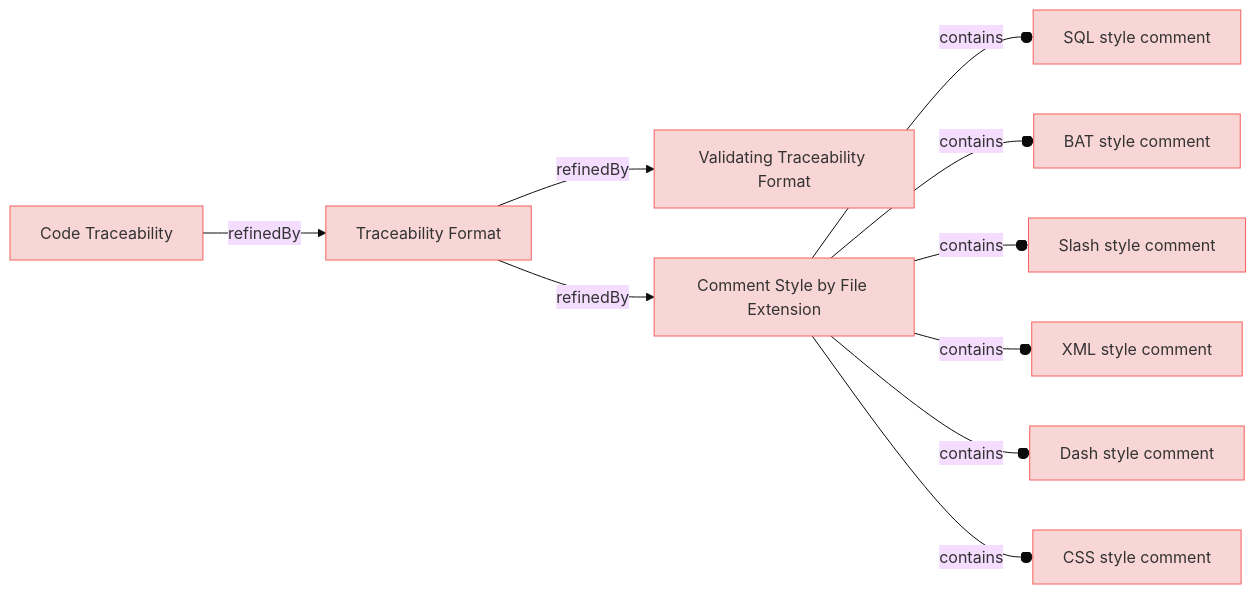
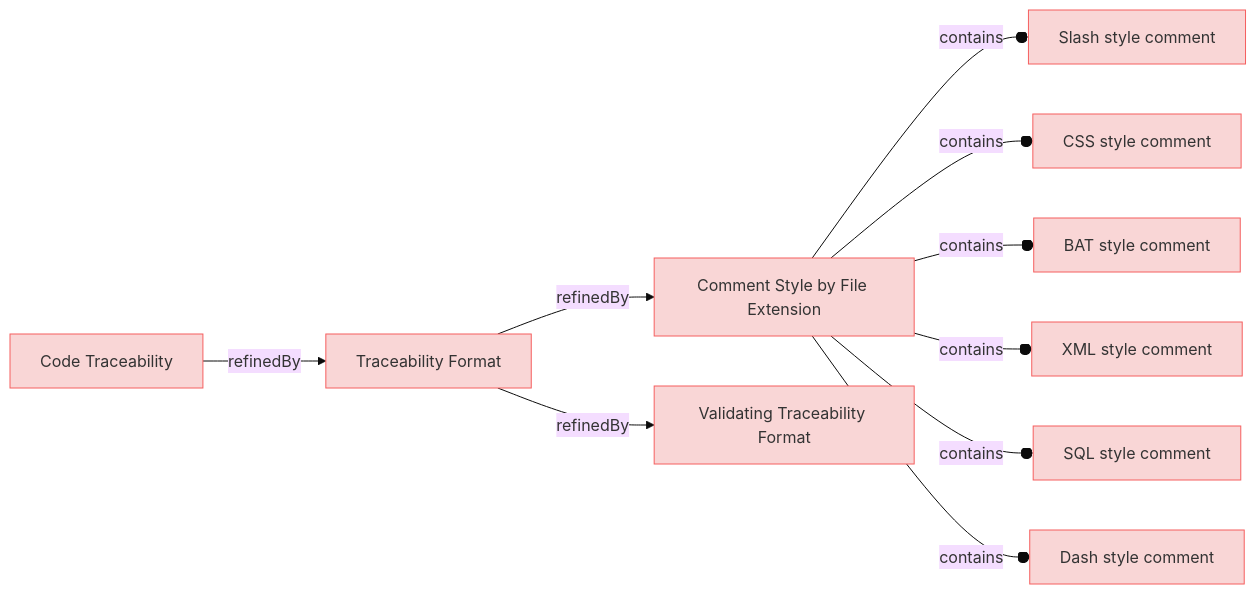
Before and after one commit to reqvire-org/reqvire: the diagram in specifications/CodeTraecabilityRequirements.md, drawn with Mermaid (base theme). The commit also changed other lines of this file and 64 other files, not shown here.

````diff
--- a/specifications/CodeTraecabilityRequirements.md
+++ b/specifications/CodeTraecabilityRequirements.md
@@ -4,49 +4,49 @@
 ```mermaid
 graph LR;
   %% REQVIRE-AUTOGENERATED-DIAGRAM
   %% Graph styling
   classDef requirement fill:#f9d6d6,stroke:#f55f5f,stroke-width:1px;
   classDef verification fill:#d6f9d6,stroke:#5fd75f,stroke-width:1px;
   classDef externalLink fill:#d0e0ff,stroke:#3080ff,stroke-width:1px;
   classDef default fill:#f5f5f5,stroke:#333333,stroke-width:1px;
 
+  99c4cc438042d855["Slash style comment"];
+  class 99c4cc438042d855 requirement;
+  click 99c4cc438042d855 "CodeTraecabilityRequirements.md#slash-style-comment";
+  a91fc474f292f1c9["CSS style comment"];
+  class a91fc474f292f1c9 requirement;
+  click a91fc474f292f1c9 "CodeTraecabilityRequirements.md#css-style-comment";
+  7fdde6a23819450b["BAT style comment"];
+  class 7fdde6a23819450b requirement;
+  click 7fdde6a23819450b "CodeTraecabilityRequirements.md#bat-style-comment";
+  474c97b7d0029622["XML style comment"];
+  class 474c97b7d0029622 requirement;
+  click 474c97b7d0029622 "CodeTraecabilityRequirements.md#xml-style-comment";
+  f4c09ad7359812ff["Comment Style by File Extension"];
+  class f4c09ad7359812ff requirement;
+  click f4c09ad7359812ff "CodeTraecabilityRequirements.md#comment-style-by-file-extension";
+  f4c09ad7359812ff --o|contains| 99c4cc438042d855;
+  f4c09ad7359812ff --o|contains| a91fc474f292f1c9;
+  f4c09ad7359812ff --o|contains| 7fdde6a23819450b;
+  f4c09ad7359812ff --o|contains| 474c97b7d0029622;
   39fc946195c12956["SQL style comment"];
   class 39fc946195c12956 requirement;
   click 39fc946195c12956 "CodeTraecabilityRequirements.md#sql-style-comment";
-  7fdde6a23819450b["BAT style comment"];
-  class 7fdde6a23819450b requirement;
-  click 7fdde6a23819450b "CodeTraecabilityRequirements.md#bat-style-comment";
-  99c4cc438042d855["Slash style comment"];
-  class 99c4cc438042d855 requirement;
-  click 99c4cc438042d855 "CodeTraecabilityRequirements.md#slash-style-comment";
-  474c97b7d0029622["XML style comment"];
-  class 474c97b7d0029622 requirement;
-  click 474c97b7d0029622 "CodeTraecabilityRequirements.md#xml-style-comment";
+  f4c09ad7359812ff --o|contains| 39fc946195c12956;
   be41c3d9e39abe6f["Dash style comment"];
   class be41c3d9e39abe6f requirement;
   click be41c3d9e39abe6f "CodeTraecabilityRequirements.md#dash-style-comment";
+  f4c09ad7359812ff --o|contains| be41c3d9e39abe6f;
+  9314736a59776478["Traceability Format"];
+  class 9314736a59776478 requirement;
+  click 9314736a59776478 "CodeTraecabilityRequirements.md#traceability-format";
+  9314736a59776478 -->|refinedBy| f4c09ad7359812ff;
   3db41d3530e56596["Validating Traceability Format"];
   class 3db41d3530e56596 requirement;
   click 3db41d3530e56596 "CodeTraecabilityRequirements.md#validating-traceability-format";
-  f4c09ad7359812ff["Comment Style by File Extension"];
-  class f4c09ad7359812ff requirement;
-  click f4c09ad7359812ff "CodeTraecabilityRequirements.md#comment-style-by-file-extension";
-  f4c09ad7359812ff --o|contains| 39fc946195c12956;
-  f4c09ad7359812ff --o|contains| 7fdde6a23819450b;
-  f4c09ad7359812ff --o|contains| 99c4cc438042d855;
-  f4c09ad7359812ff --o|contains| 474c97b7d0029622;
-  f4c09ad7359812ff --o|contains| be41c3d9e39abe6f;
-  a91fc474f292f1c9["CSS style comment"];
-  class a91fc474f292f1c9 requirement;
-  click a91fc474f292f1c9 "CodeTraecabilityRequirements.md#css-style-comment";
-  f4c09ad7359812ff --o|contains| a91fc474f292f1c9;
-  9314736a59776478["Traceability Format"];
-  class 9314736a59776478 requirement;
-  click 9314736a59776478 "CodeTraecabilityRequirements.md#traceability-format";
   9314736a59776478 -->|refinedBy| 3db41d3530e56596;
-  9314736a59776478 -->|refinedBy| f4c09ad7359812ff;
   26ca72b617aff229["Code Traceability"];
   class 26ca72b617aff229 requirement;
   click 26ca72b617aff229 "UserRequirements.md#code-traceability";
   26ca72b617aff229 -->|refinedBy| 9314736a59776478;
 ```
````
